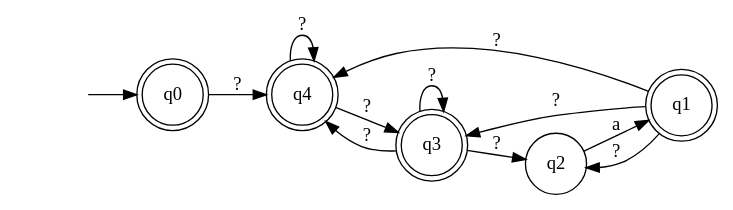
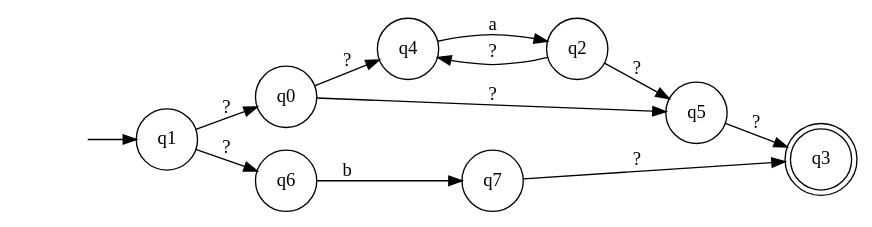
One commit to CallahanK/Graphex-Regex changed the diagram in graphex/command.gv. Above: the diagram before and after it, drawn with Graphviz. The commit also changed 42 other files, not shown here.

```diff
--- a/graphex/command.gv
+++ b/graphex/command.gv
@@ -1,17 +1,17 @@
 digraph NFA { 
 rankdir=LR; 
 node [ shape = none]; ""; 
-node [ shape = doublecircle]; q0, q1, q3, q4; 
+node [ shape = doublecircle]; q3; 
 node [ shape = circle];
-"" -> q0;
+"" -> q1;
+q1 -> q0 [ label = "?" ];
+q1 -> q6 [ label = "?" ];
 q0 -> q4 [ label = "?" ];
-q4 -> q3 [ label = "?" ];
-q4 -> q4 [ label = "?" ];
-q3 -> q2 [ label = "?" ];
-q3 -> q3 [ label = "?" ];
-q3 -> q4 [ label = "?" ];
-q2 -> q1 [ label = "a" ];
-q1 -> q2 [ label = "?" ];
-q1 -> q3 [ label = "?" ];
-q1 -> q4 [ label = "?" ];
+q0 -> q5 [ label = "?" ];
+q4 -> q2 [ label = "a" ];
+q2 -> q4 [ label = "?" ];
+q2 -> q5 [ label = "?" ];
+q5 -> q3 [ label = "?" ];
+q6 -> q7 [ label = "b" ];
+q7 -> q3 [ label = "?" ];
 }
```
